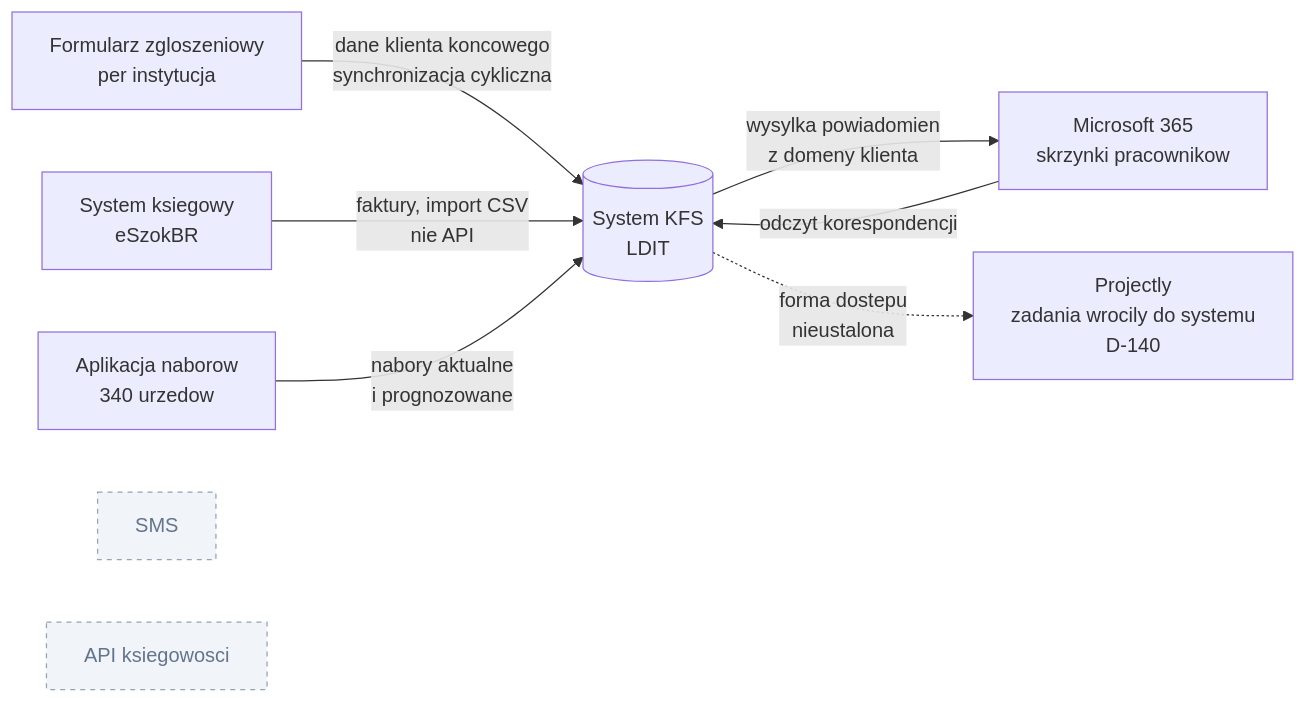
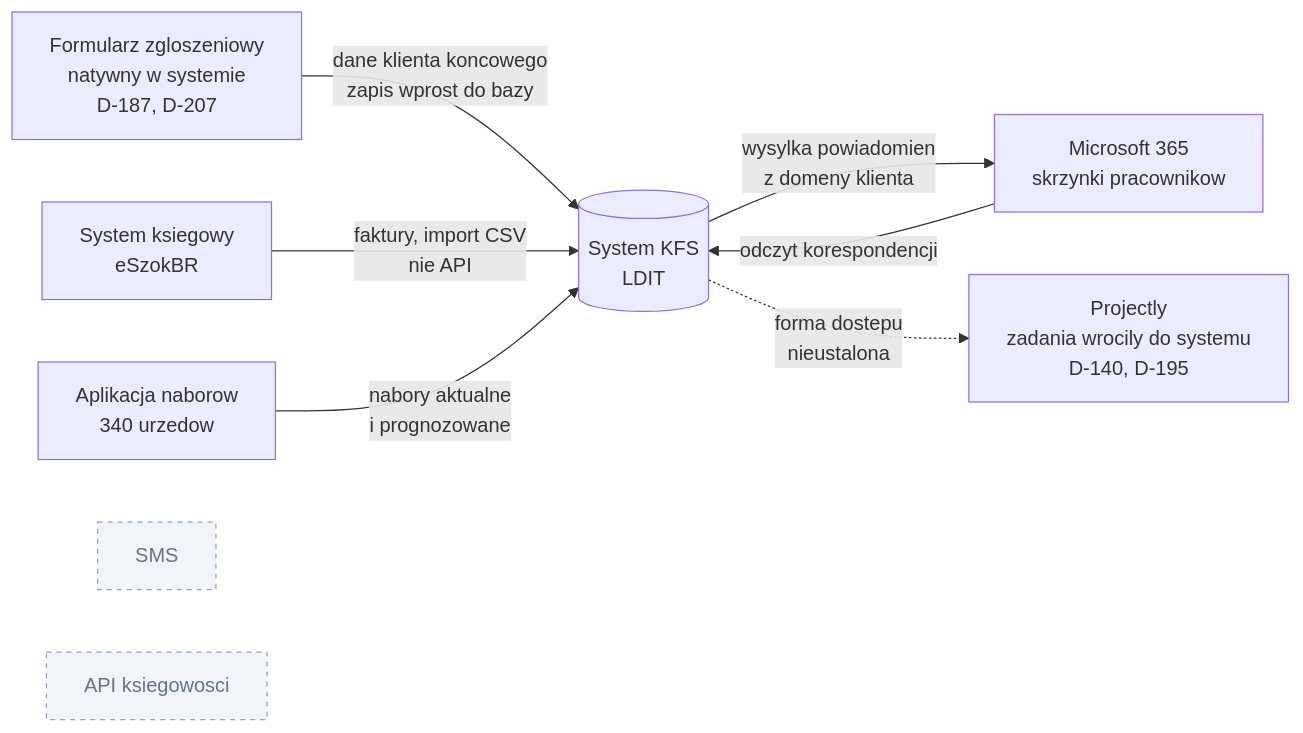
Before and after one commit to Clickless-sp-z-o-o/ldit-system-szkoleniowy: the diagram in docs/09-integracje-i-architektura.md, drawn with Mermaid. The commit also changed other lines of this file and 19 other files, not shown here.

````diff
--- a/docs/09-integracje-i-architektura.md
+++ b/docs/09-integracje-i-architektura.md
@@ -5,21 +5,21 @@
 ```mermaid
 flowchart LR
   SYS[("System KFS<br/>LDIT")]
 
   M365["Microsoft 365<br/>skrzynki pracownikow"]
-  FORM["Formularz zgloszeniowy<br/>per instytucja"]
+  FORM["Formularz zgloszeniowy<br/>natywny w systemie<br/>D-187, D-207"]
   KSIEG["System ksiegowy<br/>eSzokBR"]
   NAB["Aplikacja naborow<br/>340 urzedow"]
-  PROJ["Projectly<br/>zadania wrocily do systemu<br/>D-140"]
+  PROJ["Projectly<br/>zadania wrocily do systemu<br/>D-140, D-195"]
 
   M365 -->|"odczyt korespondencji"| SYS
   SYS -->|"wysylka powiadomien<br/>z domeny klienta"| M365
-  FORM -->|"dane klienta koncowego<br/>synchronizacja cykliczna"| SYS
+  FORM -->|"dane klienta koncowego<br/>zapis wprost do bazy"| SYS
   KSIEG -->|"faktury, import CSV<br/>nie API"| SYS
   NAB -->|"nabory aktualne<br/>i prognozowane"| SYS
   SYS -.->|"forma dostepu<br/>nieustalona"| PROJ
 
   SMS["SMS"]:::odrzucone
   API["API ksiegowosci"]:::odrzucone
   classDef odrzucone fill:#f1f5f9,stroke:#94a3b8,stroke-dasharray: 4 4,color:#64748b
 ```
````
